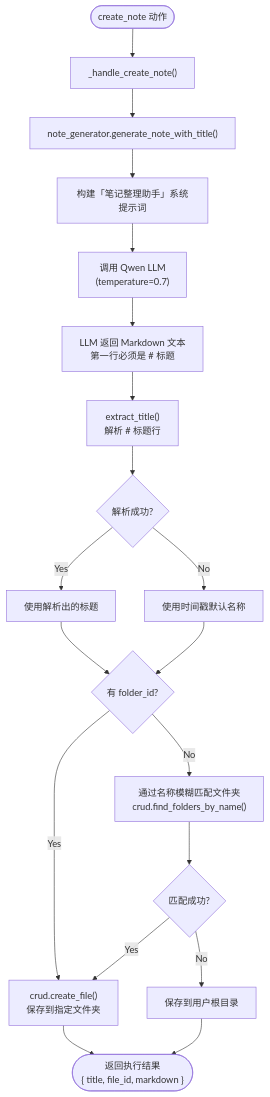
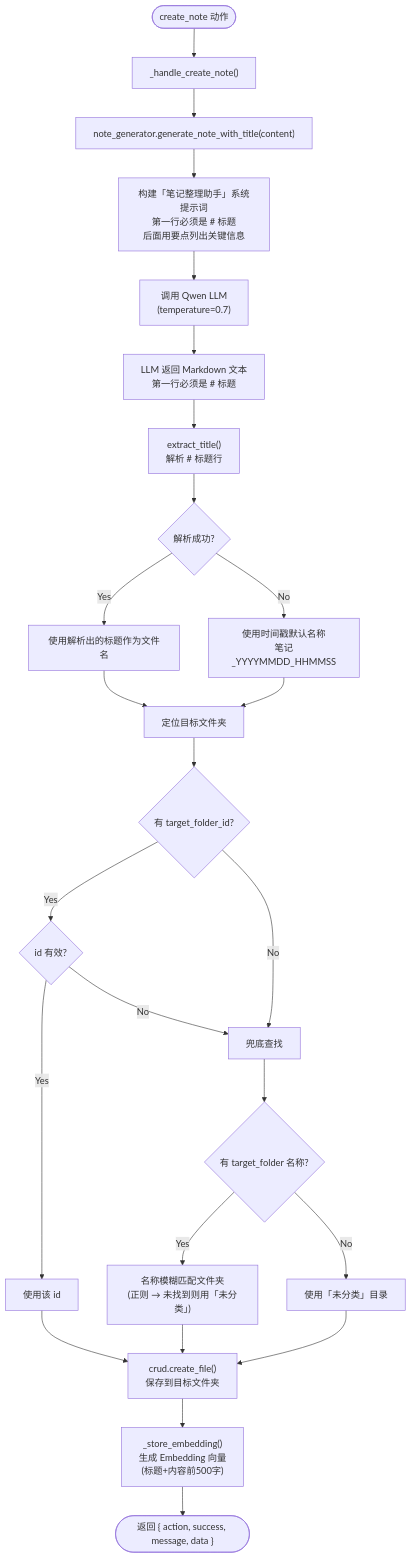
Before and after one commit to hu-ke/SayMark: the third of 6 diagrams in AI提示词处理流程.md, drawn with Mermaid. The commit also changed other lines of this file and 32 other files, not shown here.

````diff
--- a/AI提示词处理流程.md
+++ b/AI提示词处理流程.md
@@ -109,21 +150,27 @@
 ```mermaid
 flowchart TD
     Start(["create_note 动作"]) --> A["_handle_create_note()"]
-    A --> B["note_generator.generate_note_with_title()"]
-    B --> C["构建「笔记整理助手」系统提示词"]
+    A --> B["note_generator.generate_note_with_title(content)"]
+    B --> C["构建「笔记整理助手」系统提示词\n第一行必须是 # 标题\n后面用要点列出关键信息"]
     C --> D["调用 Qwen LLM\n(temperature=0.7)"]
     D --> E["LLM 返回 Markdown 文本\n第一行必须是 # 标题"]
     E --> F["extract_title()\n解析 # 标题行"]
     F --> G{"解析成功?"}
-    G -->|Yes| H["使用解析出的标题"]
-    G -->|No| I["使用时间戳默认名称"]
-    H --> J{"有 folder_id?"}
+    G -->|Yes| H["使用解析出的标题作为文件名"]
+    G -->|No| I["使用时间戳默认名称\n笔记_YYYYMMDD_HHMMSS"]
+    H --> J["定位目标文件夹"]
     I --> J
-    J -->|Yes| K["crud.create_file()\n保存到指定文件夹"]
-    J -->|No| L["通过名称模糊匹配文件夹\ncrud.find_folders_by_name()"]
-    L --> M{"匹配成功?"}
-    M -->|Yes| K
-    M -->|No| N["保存到用户根目录"]
-    K --> O(["返回执行结果\n{ title, file_id, markdown }"])
-    N --> O
+    J --> J1{"有 target_folder_id?"}
+    J1 -->|Yes| J2{"id 有效?"}
+    J2 -->|Yes| J3["使用该 id"]
+    J2 -->|No| J4["兜底查找"]
+    J1 -->|No| J4
+    J4 --> J5{"有 target_folder 名称?"}
+    J5 -->|Yes| J6["名称模糊匹配文件夹\n(正则 → 未找到则用「未分类」)"]
+    J5 -->|No| J7["使用「未分类」目录"]
+    J6 --> K["crud.create_file()\n保存到目标文件夹"]
+    J7 --> K
+    J3 --> K
+    K --> L["_store_embedding()\n生成 Embedding 向量\n(标题+内容前500字)"]
+    L --> O(["返回 { action, success, message, data }"])
 ```
````
